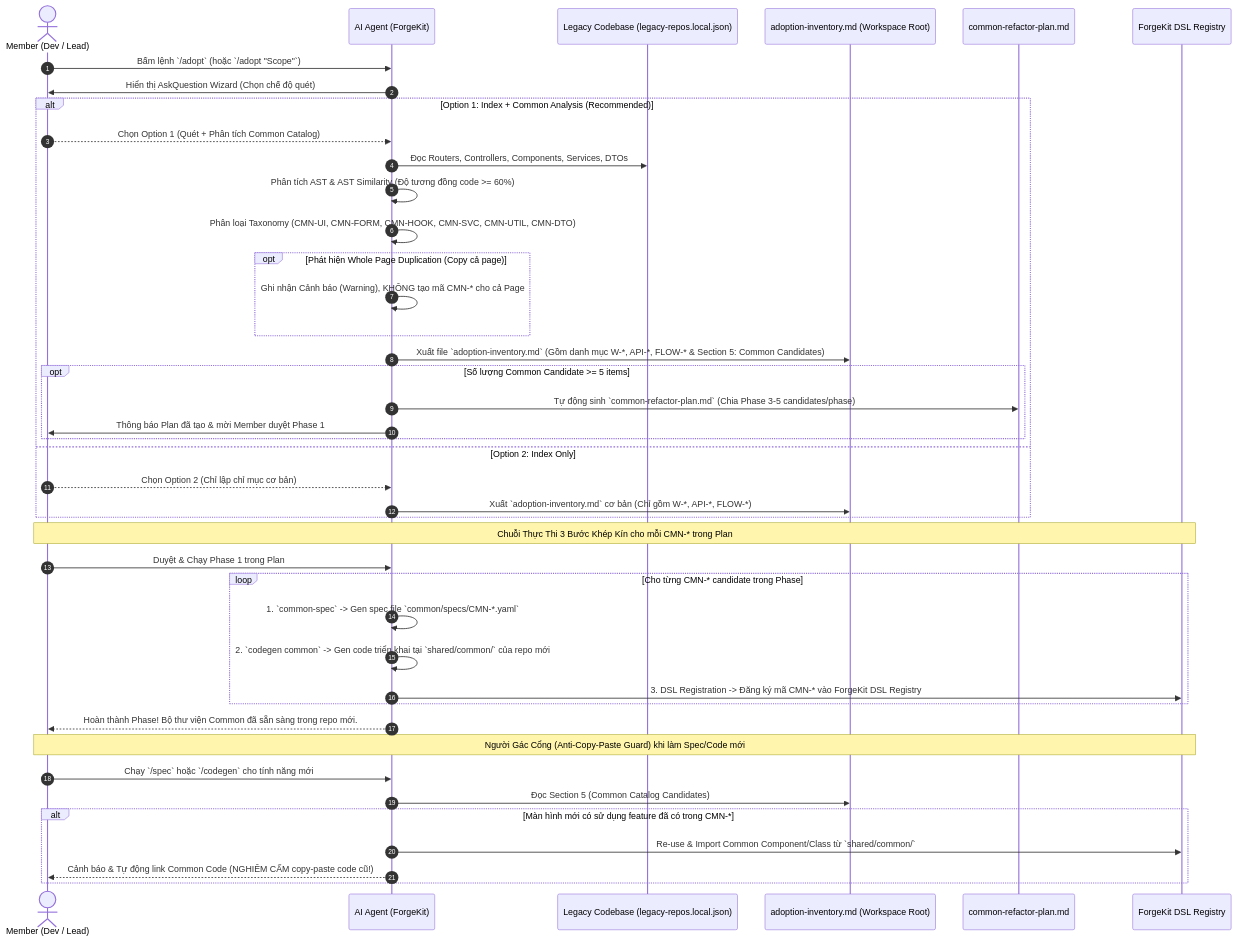
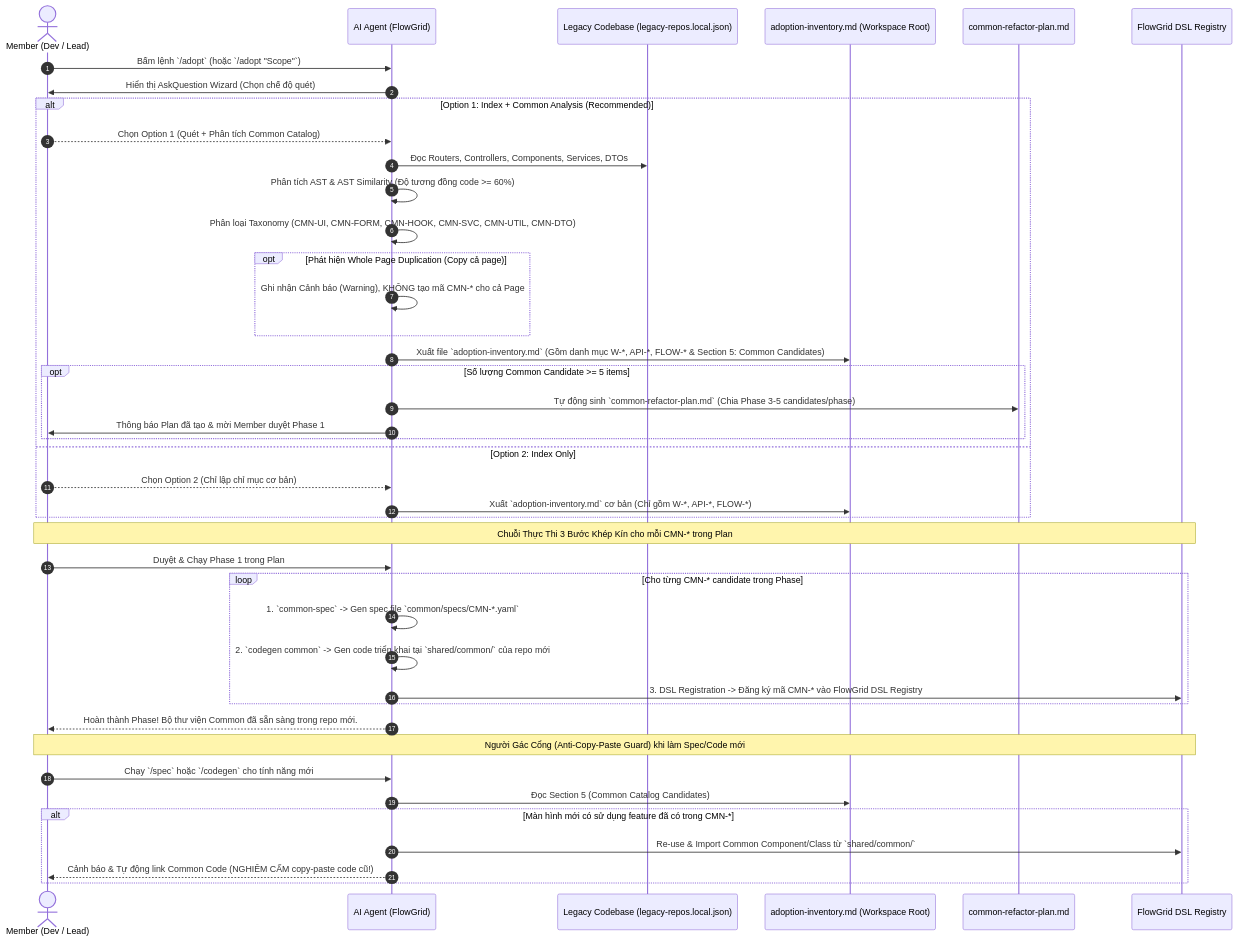
One commit to ShanYuCoder/flowgrid changed the diagram in docs/1-guide/legacy-adoption-common-workflow.md. Above: the diagram before and after it, drawn with Mermaid. The commit also changed other lines of this file and 14 other files, not shown here.

Commit message:
rename toolkit to flowgrid

````diff
--- a/docs/1-guide/legacy-adoption-common-workflow.md
+++ b/docs/1-guide/legacy-adoption-common-workflow.md
@@ -36,55 +36,55 @@
 ```mermaid
 sequenceDiagram
     autonumber
     actor Member as Member (Dev / Lead)
-    participant Agent as AI Agent (ForgeKit)
+    participant Agent as AI Agent (FlowGrid)
     participant LegacyRepo as Legacy Codebase (legacy-repos.local.json)
     participant Inventory as adoption-inventory.md (Workspace Root)
     participant Plan as common-refactor-plan.md
-    participant Registry as ForgeKit DSL Registry
+    participant Registry as FlowGrid DSL Registry
 
     %% STEP 1: PRE-SCAN & MODE SELECTION
     Member->>Agent: Bấm lệnh `/adopt` (hoặc `/adopt "Scope"`)
     Agent->>Member: Hiển thị AskQuestion Wizard (Chọn chế độ quét)
     alt Option 1: Index + Common Analysis (Recommended)
         Member-->>Agent: Chọn Option 1 (Quét + Phân tích Common Catalog)
         Agent->>LegacyRepo: Đọc Routers, Controllers, Components, Services, DTOs
         Agent->>Agent: Phân tích AST & AST Similarity (Độ tương đồng code >= 60%)
         Agent->>Agent: Phân loại Taxonomy (CMN-UI, CMN-FORM, CMN-HOOK, CMN-SVC, CMN-UTIL, CMN-DTO)
         
         opt Phát hiện Whole Page Duplication (Copy cả page)
             Agent->>Agent: Ghi nhận Cảnh báo (Warning), KHÔNG tạo mã CMN-* cho cả Page
         end
 
         Agent->>Inventory: Xuất file `adoption-inventory.md` (Gồm danh mục W-*, API-*, FLOW-* & Section 5: Common Candidates)
         
         %% STEP 2: IMPLEMENTATION PLAN GENERATION
         opt Số lượng Common Candidate >= 5 items
             Agent->>Plan: Tự động sinh `common-refactor-plan.md` (Chia Phase 3-5 candidates/phase)
             Agent->>Member: Thông báo Plan đã tạo & mời Member duyệt Phase 1
         end
 
     else Option 2: Index Only
         Member-->>Agent: Chọn Option 2 (Chỉ lập chỉ mục cơ bản)
         Agent->>Inventory: Xuất `adoption-inventory.md` cơ bản (Chỉ gồm W-*, API-*, FLOW-*)
     end
 
     %% STEP 3: EXECUTING COMMON PIPELINE
     note over Member, Registry: Chuỗi Thực Thi 3 Bước Khép Kín cho mỗi CMN-* trong Plan
     Member->>Agent: Duyệt & Chạy Phase 1 trong Plan
     loop Cho từng CMN-* candidate trong Phase
         Agent->>Agent: 1. `common-spec` -> Gen spec file `common/specs/CMN-*.yaml`
         Agent->>Agent: 2. `codegen common` -> Gen code triển khai tại `shared/common/` của repo mới
-        Agent->>Registry: 3. DSL Registration -> Đăng ký mã CMN-* vào ForgeKit DSL Registry
+        Agent->>Registry: 3. DSL Registration -> Đăng ký mã CMN-* vào FlowGrid DSL Registry
     end
     Agent-->>Member: Hoàn thành Phase! Bộ thư viện Common đã sẵn sàng trong repo mới.
 
     %% STEP 4: ANTI-COPY-PASTE ENFORCEMENT
     note over Member, Registry: Người Gác Cổng (Anti-Copy-Paste Guard) khi làm Spec/Code mới
     Member->>Agent: Chạy `/spec` hoặc `/codegen` cho tính năng mới
     Agent->>Inventory: Đọc Section 5 (Common Catalog Candidates)
     alt Màn hình mới có sử dụng feature đã có trong CMN-*
         Agent->>Registry: Re-use & Import Common Component/Class từ `shared/common/`
         Agent-->>Member: Cảnh báo & Tự động link Common Code (NGHIÊM CẤM copy-paste code cũ!)
     end
 ```
````
